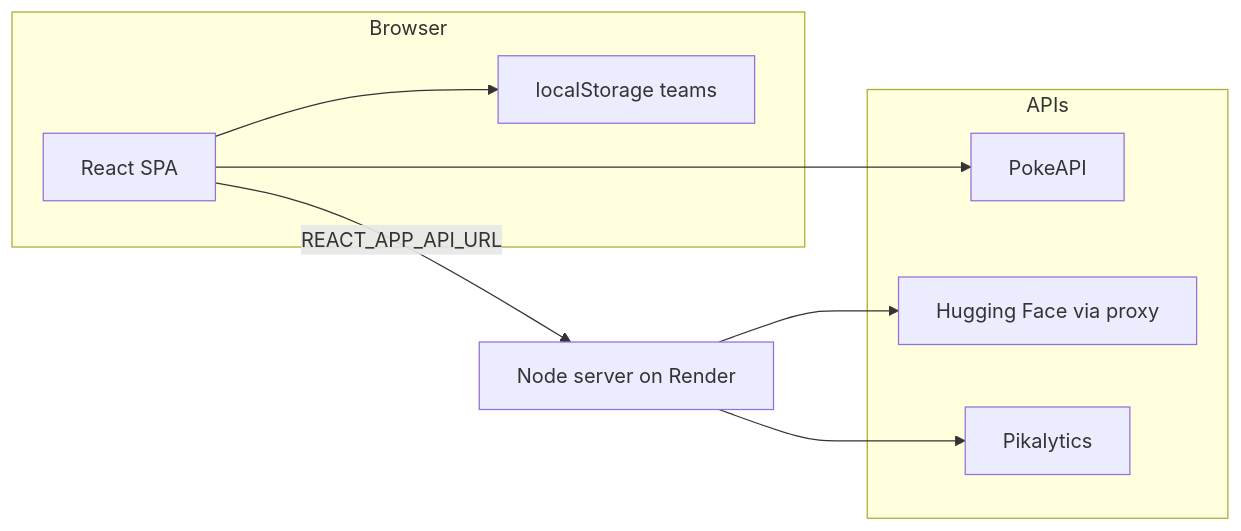
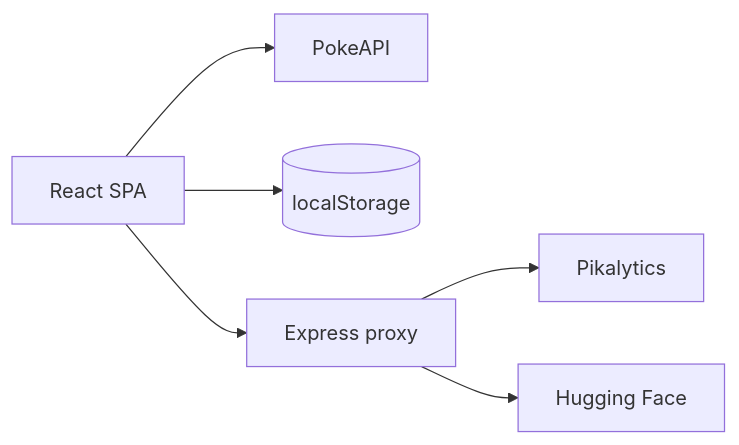
One commit to hudsonferraz/pokedex changed the diagram in README.md. Above: the diagram before and after it, drawn with Mermaid. The commit also changed other lines of this file and 6 other files, not shown here.

Commit message:
feat: implement API status monitoring in TeamBuilder, add ApiStatusChip component for backend connectivity feedback, and enhance README with deployment architecture and sharing features

````diff
--- a/README.md
+++ b/README.md
@@ -27,17 +29,8 @@
 ```mermaid
 flowchart LR
-  subgraph browser [Browser]
-    React[React SPA]
-    LS[localStorage teams]
-  end
-  subgraph apis [APIs]
-    PokeAPI[PokeAPI]
-    HF[Hugging Face via proxy]
-    Pikalytics[Pikalytics]
-  end
-  React --> PokeAPI
-  React --> LS
-  React -->|REACT_APP_API_URL| Render[Node server on Render]
-  Render --> HF
-  Render --> Pikalytics
+  React[React SPA] --> PokeAPI[PokeAPI]
+  React --> LS[(localStorage)]
+  React --> API[Express proxy]
+  API --> PK[Pikalytics]
+  API --> HF[Hugging Face]
 ```
````
